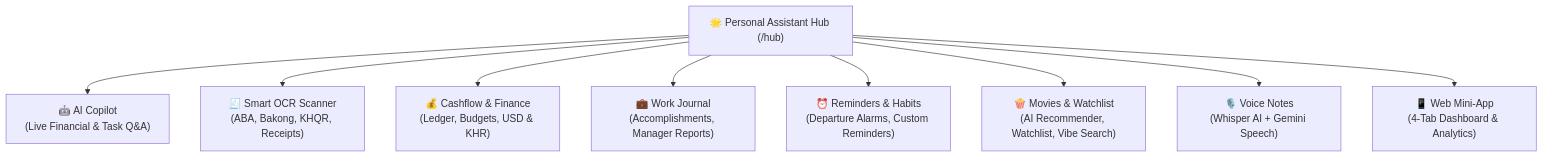
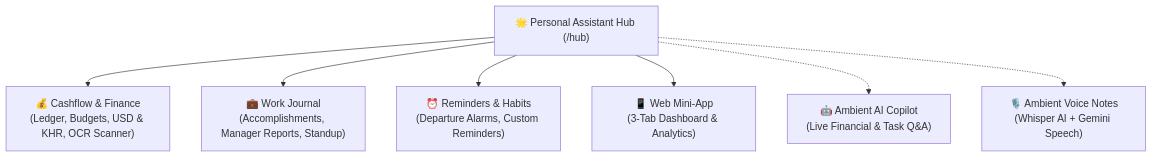
Before and after one commit to Sopheaktraleng/assistant-bot: the first of 2 diagrams in README.md, drawn with Mermaid. The commit also changed other lines of this file and 4 other files, not shown here.

Commit message:
refactor: streamline bot to Cashflow & Work pillars, remove movie bloat and compact Hub UI

````diff
--- a/README.md
+++ b/README.md
@@ -19,12 +19,10 @@
 ```mermaid
 graph TD
     Hub["🌟 Personal Assistant Hub (/hub)"]
-    Hub --> Copilot["🤖 AI Copilot<br/>(Live Financial & Task Q&A)"]
-    Hub --> Scanner["🧾 Smart OCR Scanner<br/>(ABA, Bakong, KHQR, Receipts)"]
-    Hub --> Finance["💰 Cashflow & Finance<br/>(Ledger, Budgets, USD & KHR)"]
-    Hub --> Work["💼 Work Journal<br/>(Accomplishments, Manager Reports)"]
+    Hub --> Finance["💰 Cashflow & Finance<br/>(Ledger, Budgets, USD & KHR, OCR Scanner)"]
+    Hub --> Work["💼 Work Journal<br/>(Accomplishments, Manager Reports, Standup)"]
     Hub --> Alarms["⏰ Reminders & Habits<br/>(Departure Alarms, Custom Reminders)"]
-    Hub --> Movies["🍿 Movies & Watchlist<br/>(AI Recommender, Watchlist, Vibe Search)"]
-    Hub --> Voice["🎙️ Voice Notes<br/>(Whisper AI + Gemini Speech)"]
-    Hub --> Dashboard["📱 Web Mini-App<br/>(4-Tab Dashboard & Analytics)"]
+    Hub --> Dashboard["📱 Web Mini-App<br/>(3-Tab Dashboard & Analytics)"]
+    Hub -.-> Copilot["🤖 Ambient AI Copilot<br/>(Live Financial & Task Q&A)"]
+    Hub -.-> Voice["🎙️ Ambient Voice Notes<br/>(Whisper AI + Gemini Speech)"]
 ```
````
